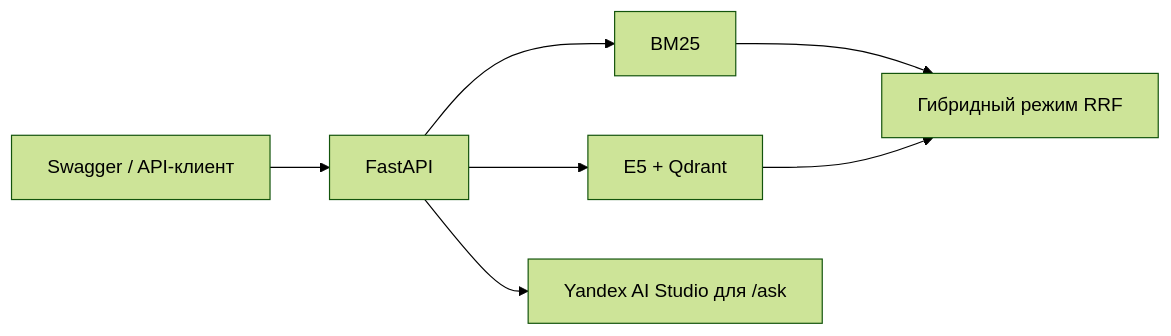
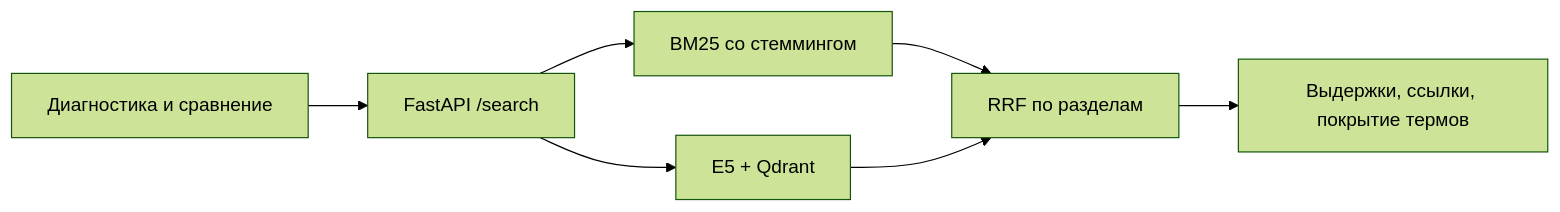
Before and after one commit to StProkhorenko/kubernetes-docs-rag: the diagram in README.md, drawn with Mermaid (forest theme). The commit also changed other lines of this file and 18 other files, not shown here.

````diff
--- a/README.md
+++ b/README.md
@@ -18,9 +29,9 @@
 ```mermaid
 flowchart LR
-    Client["Swagger / API-клиент"] --> API["FastAPI"]
-    API --> BM25["BM25"]
-    API --> Qdrant["E5 + Qdrant"]
-    BM25 --> Fusion["Гибридный режим RRF"]
-    Qdrant --> Fusion
-    API --> LLM["Yandex AI Studio для /ask"]
+    Browser["Диагностика и сравнение"] --> API["FastAPI /search"]
+    API --> BM25["BM25 со стеммингом"]
+    API --> Dense["E5 + Qdrant"]
+    BM25 --> RRF["RRF по разделам"]
+    Dense --> RRF
+    RRF --> Evidence["Выдержки, ссылки, покрытие термов"]
 ```
````
